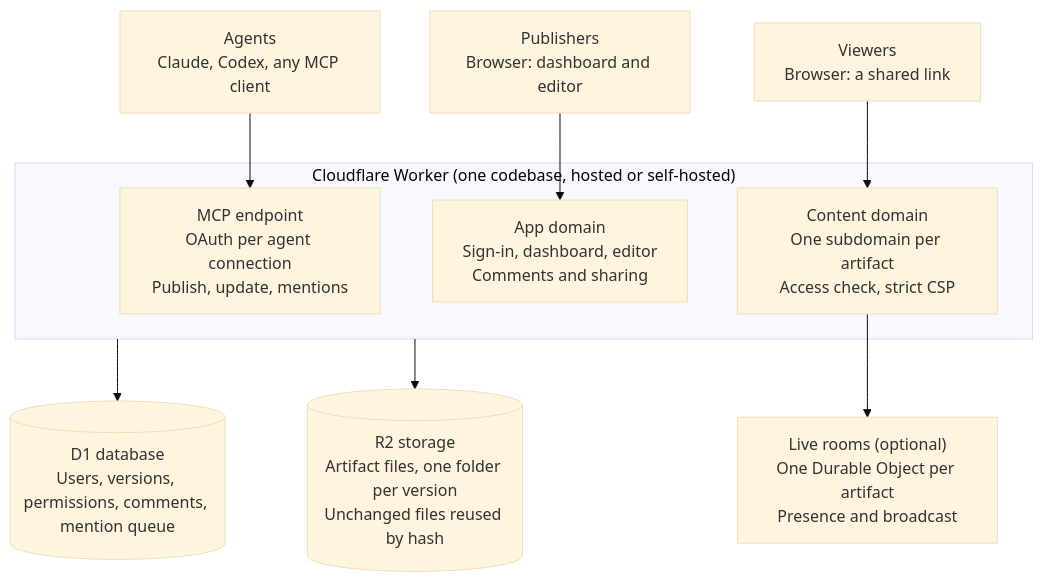
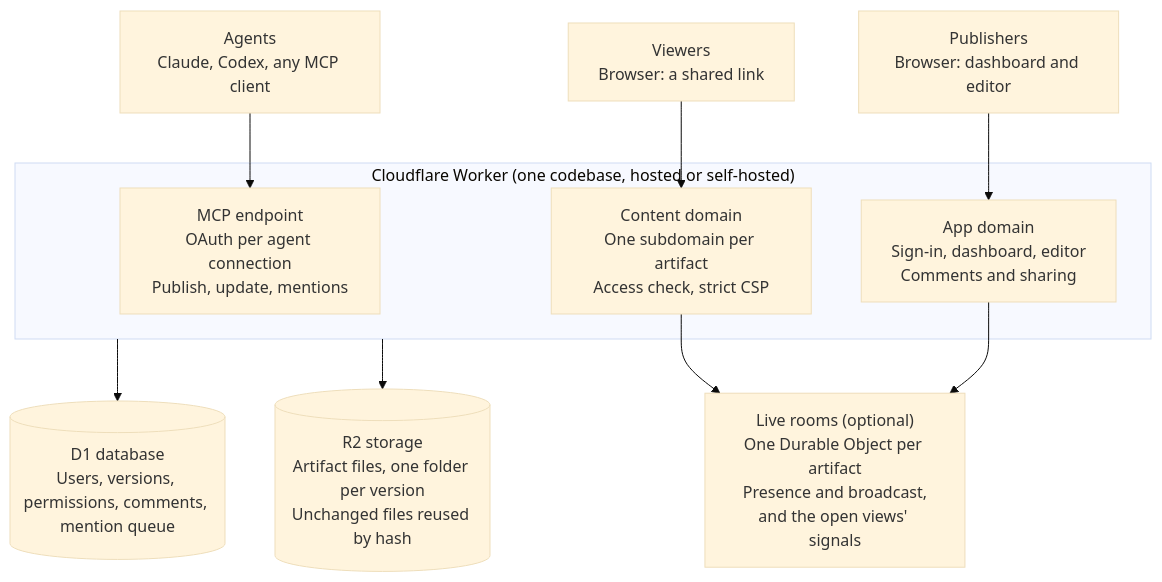
Before and after one commit to mr0b0t0/plinth: the diagram in docs/spec.md, drawn with Mermaid (base theme). The commit also changed other lines of this file and 49 other files, not shown here.

First line of the commit message:
Live views: a watch socket that pushes new versions and data changes

````diff
--- a/docs/spec.md
+++ b/docs/spec.md
@@ -76,20 +76,21 @@
 ```mermaid
 flowchart TB
   agents["Agents<br/>Claude, Codex, any MCP client"]
   publishers["Publishers<br/>Browser: dashboard and editor"]
   viewers["Viewers<br/>Browser: a shared link"]
   subgraph worker["Cloudflare Worker (one codebase, hosted or self-hosted)"]
     mcp["MCP endpoint<br/>OAuth per agent connection<br/>Publish, update, mentions"]
     app["App domain<br/>Sign-in, dashboard, editor<br/>Comments and sharing"]
     content["Content domain<br/>One subdomain per artifact<br/>Access check, strict CSP"]
   end
-  rooms["Live rooms (optional)<br/>One Durable Object per artifact<br/>Presence and broadcast"]
+  rooms["Live rooms (optional)<br/>One Durable Object per artifact<br/>Presence and broadcast,<br/>and the open views' signals"]
   d1[("D1 database<br/>Users, versions, permissions, comments, mention queue")]
   r2[("R2 storage<br/>Artifact files, one folder per version<br/>Unchanged files reused by hash")]
   agents --> mcp
   publishers --> app
   viewers --> content
   content --> rooms
+  app --> rooms
   worker --> d1
   worker --> r2
 ```
````
